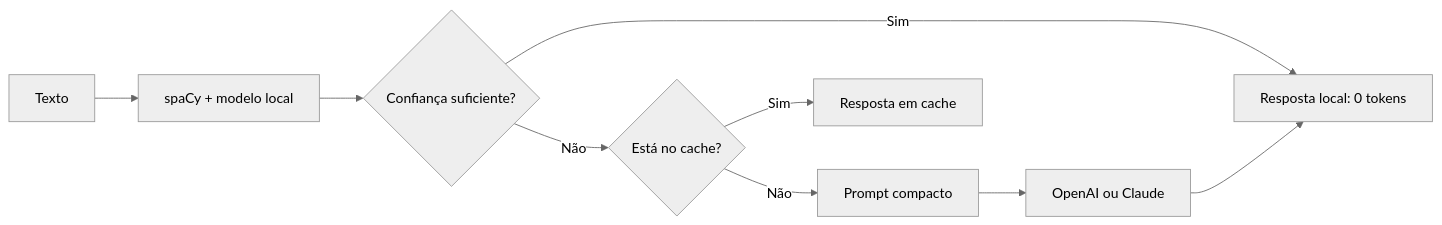
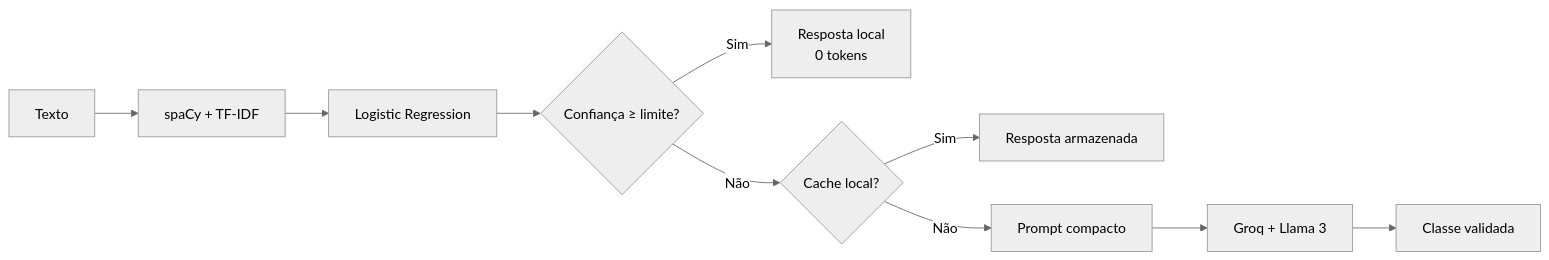
The diagram in README.md (viniciusds2020/nlp_classificacao_texto_spacy), drawn with Mermaid (neutral theme) before and after one commit. The commit also changed other lines of this file, not shown here.

Commit message:
docs: document spaCy and Groq Llama architecture

````diff
--- a/README.md
+++ b/README.md
@@ -14,11 +12,12 @@
 ```mermaid
 flowchart LR
-    T["Texto"] --> L["spaCy + modelo local"]
-    L --> C{"Confiança suficiente?"}
-    C -->|Sim| R["Resposta local: 0 tokens"]
-    C -->|Não| K{"Está no cache?"}
-    K -->|Sim| H["Resposta em cache"]
+    T["Texto"] --> S["spaCy + TF-IDF"]
+    S --> M["Logistic Regression"]
+    M --> C{"Confiança ≥ limite?"}
+    C -->|Sim| L["Resposta local<br/>0 tokens"]
+    C -->|Não| K{"Cache local?"}
+    K -->|Sim| H["Resposta armazenada"]
     K -->|Não| P["Prompt compacto"]
-    P --> M["OpenAI ou Claude"]
-    M --> R
+    P --> G["Groq + Llama 3"]
+    G --> R["Classe validada"]
 ```
````
